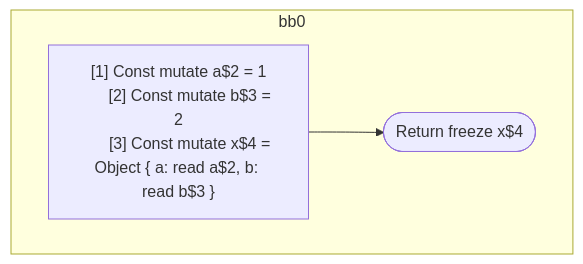
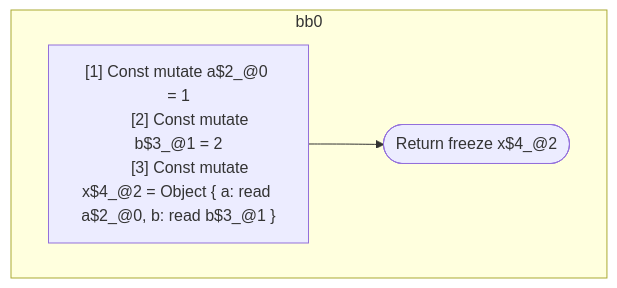
Before and after one commit to wutsmog/private: the diagram in compiler/forget/src/__tests__/fixtures/hir/ssa-objectexpression.expect.md, drawn with Mermaid. The commit also changed other lines of this file and 60 other files, not shown here.

````diff
--- a/compiler/forget/src/__tests__/fixtures/hir/ssa-objectexpression.expect.md
+++ b/compiler/forget/src/__tests__/fixtures/hir/ssa-objectexpression.expect.md
@@ -26,15 +26,15 @@
 ```mermaid
 flowchart TB
   %% Basic Blocks
   subgraph bb0
     bb0_instrs["
-      [1] Const mutate a$2 = 1
-      [2] Const mutate b$3 = 2
-      [3] Const mutate x$4 = Object { a: read a$2, b: read b$3 }
+      [1] Const mutate a$2_@0 = 1
+      [2] Const mutate b$3_@1 = 2
+      [3] Const mutate x$4_@2 = Object { a: read a$2_@0, b: read b$3_@1 }
     "]
-    bb0_instrs --> bb0_terminal(["Return freeze x$4"])
+    bb0_instrs --> bb0_terminal(["Return freeze x$4_@2"])
   end
 
   %% Jumps
   %% empty
 ```
````
